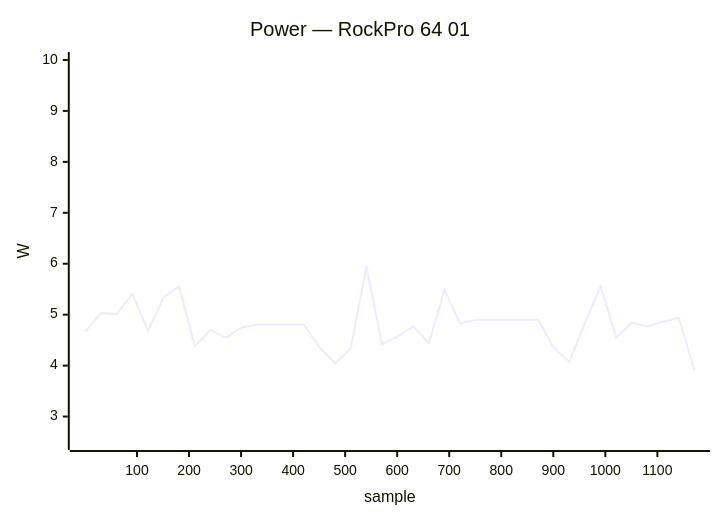
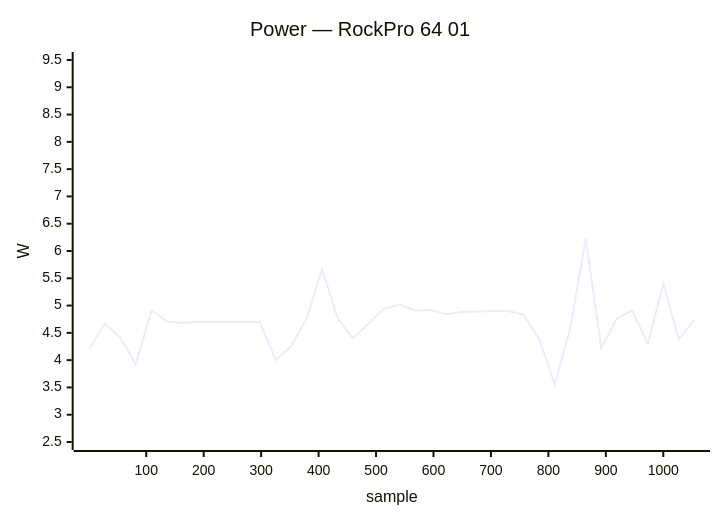
Before and after one commit to armbian/documentation: diagram 33 of 34 in docs/status/board-tests.md, drawn with Mermaid. The commit also changed other lines of this file, not shown here.

````diff
--- a/docs/status/board-tests.md
+++ b/docs/status/board-tests.md
@@ -1647,7 +1683,7 @@
 ```mermaid
 xychart-beta
     title "Power — RockPro 64 01"
-    x-axis "sample" 1 --> 1171
-    y-axis "W" 2.5 --> 10.0
-    line [4.67, 5.03, 5.01, 5.41, 4.68, 5.34, 5.56, 4.38, 4.70, 4.55, 4.75, 4.80, 4.80, 4.80, 4.80, 4.36, 4.04, 4.34, 5.95, 4.42, 4.57, 4.77, 4.44, 5.49, 4.82, 4.90, 4.90, 4.90, 4.90, 4.90, 4.35, 4.08, 4.85, 5.55, 4.55, 4.84, 4.77, 4.86, 4.94, 3.92]
+    x-axis "sample" 1 --> 1054
+    y-axis "W" 2.5 --> 9.5
+    line [4.21, 4.67, 4.41, 3.92, 4.91, 4.71, 4.68, 4.70, 4.70, 4.70, 4.70, 4.70, 4.00, 4.25, 4.76, 5.67, 4.77, 4.40, 4.67, 4.94, 5.02, 4.91, 4.92, 4.84, 4.88, 4.89, 4.90, 4.90, 4.83, 4.39, 3.56, 4.58, 6.22, 4.22, 4.76, 4.91, 4.30, 5.40, 4.38, 4.74]
 ```
````
